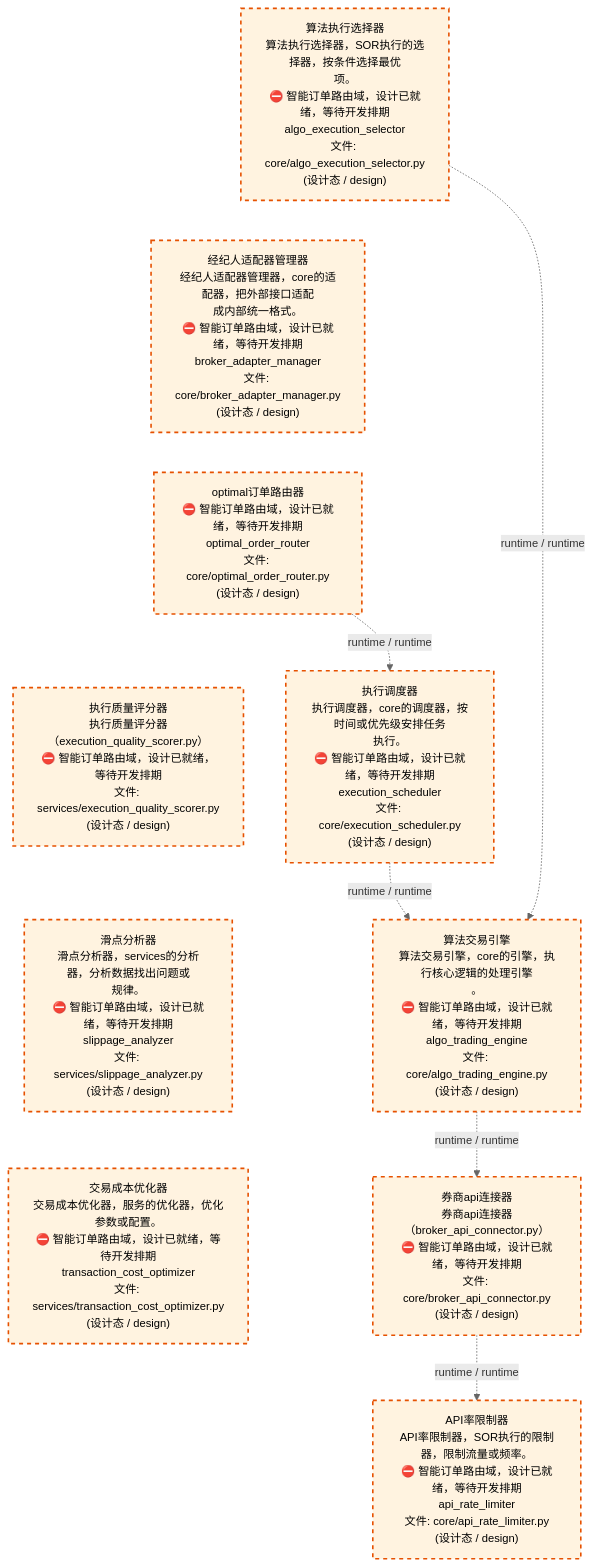
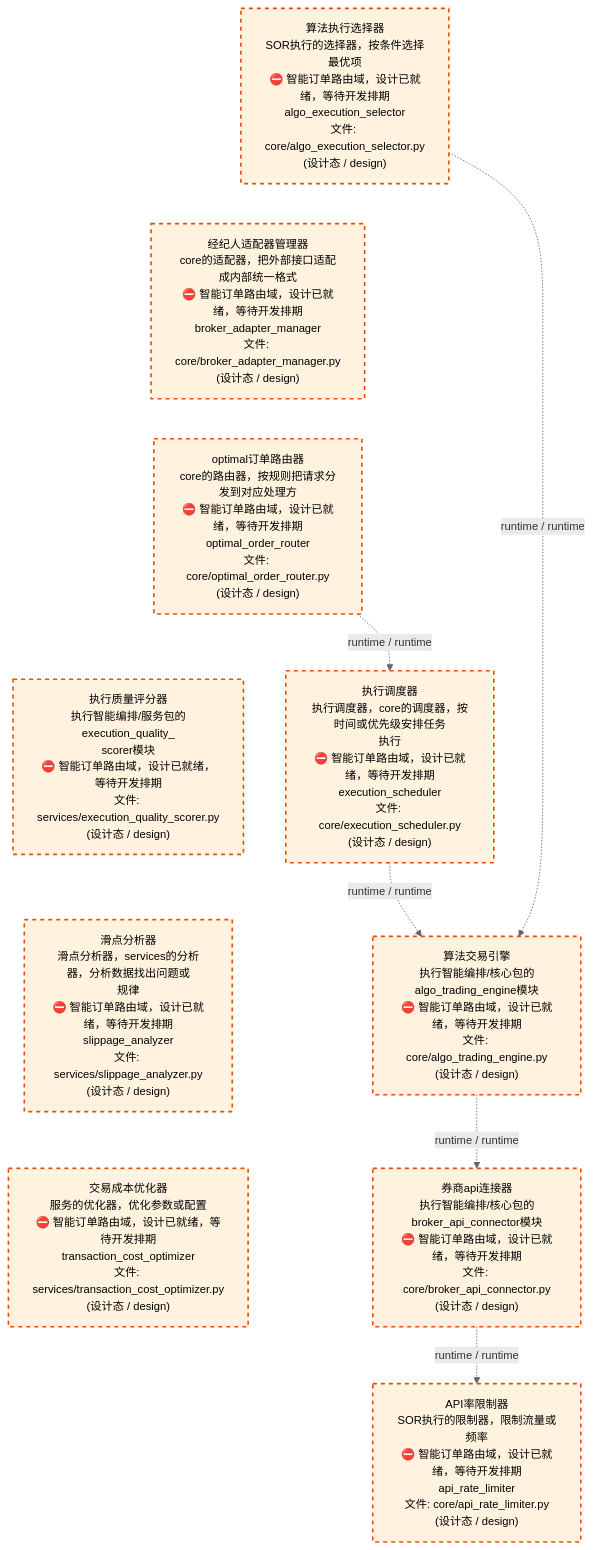
The third of 4 diagrams in docs/02_enterprise_architecture/02_domain_architecture_docs/45_d_ex_sor.md (xuanFelixVan/ZephyrAlpha), drawn with Mermaid before and after one commit. The commit also changed other lines of this file and 62 other files, not shown here.

````diff
--- a/docs/02_enterprise_architecture/02_domain_architecture_docs/45_d_ex_sor.md
+++ b/docs/02_enterprise_architecture/02_domain_architecture_docs/45_d_ex_sor.md
@@ -138,29 +138,29 @@
 ```mermaid
 %%{init: {'theme': 'base', 'themeVariables': {'primaryColor': '#eaeaea', 'primaryTextColor': '#333333', 'primaryBorderColor': '#666666', 'lineColor': '#666666', 'secondaryColor': '#eaeaea', 'tertiaryColor': '#eaeaea', 'fontSize': '14px'}}}%%
 flowchart TD
-    src_zephyr_ex_sor_core_algo_execution_selector_py["算法执行选择器<br/>算法执行选择器，SOR执行的选择器，按条件选择最优<br/>项。<br/>⛔ 智能订单路由域，设计已就绪，等待开发排期<br/>algo_execution_selector<br/>文件: core/algo_execution_selector.py<br/>(设计态 / design)"]
-    src_zephyr_ex_sor_core_broker_adapter_manager_py["经纪人适配器管理器<br/>经纪人适配器管理器，core的适配器，把外部接口适配<br/>成内部统一格式。<br/>⛔ 智能订单路由域，设计已就绪，等待开发排期<br/>broker_adapter_manager<br/>文件: core/broker_adapter_manager.py<br/>(设计态 / design)"]
-    src_zephyr_ex_sor_core_optimal_order_router_py["optimal订单路由器<br/>⛔ 智能订单路由域，设计已就绪，等待开发排期<br/>optimal_order_router<br/>文件: core/optimal_order_router.py<br/>(设计态 / design)"]
-    src_zephyr_ex_sor_services_execution_quality_scorer_py["执行质量评分器<br/>执行质量评分器（execution_quality_scorer.py）<br/>⛔ 智能订单路由域，设计已就绪，等待开发排期<br/>文件: services/execution_quality_scorer.py<br/>(设计态 / design)"]
-    src_zephyr_ex_sor_services_slippage_analyzer_py["滑点分析器<br/>滑点分析器，services的分析器，分析数据找出问题或<br/>规律。<br/>⛔ 智能订单路由域，设计已就绪，等待开发排期<br/>slippage_analyzer<br/>文件: services/slippage_analyzer.py<br/>(设计态 / design)"]
-    src_zephyr_ex_sor_services_transaction_cost_optimizer_py["交易成本优化器<br/>交易成本优化器，服务的优化器，优化参数或配置。<br/>⛔ 智能订单路由域，设计已就绪，等待开发排期<br/>transaction_cost_optimizer<br/>文件: services/transaction_cost_optimizer.py<br/>(设计态 / design)"]
+    src_zephyr_ex_sor_core_algo_execution_selector_py["算法执行选择器<br/>SOR执行的选择器，按条件选择最优项<br/>⛔ 智能订单路由域，设计已就绪，等待开发排期<br/>algo_execution_selector<br/>文件: core/algo_execution_selector.py<br/>(设计态 / design)"]
+    src_zephyr_ex_sor_core_broker_adapter_manager_py["经纪人适配器管理器<br/>core的适配器，把外部接口适配成内部统一格式<br/>⛔ 智能订单路由域，设计已就绪，等待开发排期<br/>broker_adapter_manager<br/>文件: core/broker_adapter_manager.py<br/>(设计态 / design)"]
+    src_zephyr_ex_sor_core_optimal_order_router_py["optimal订单路由器<br/>core的路由器，按规则把请求分发到对应处理方<br/>⛔ 智能订单路由域，设计已就绪，等待开发排期<br/>optimal_order_router<br/>文件: core/optimal_order_router.py<br/>(设计态 / design)"]
+    src_zephyr_ex_sor_services_execution_quality_scorer_py["执行质量评分器<br/>执行智能编排/服务包的execution_quality_<br/>scorer模块<br/>⛔ 智能订单路由域，设计已就绪，等待开发排期<br/>文件: services/execution_quality_scorer.py<br/>(设计态 / design)"]
+    src_zephyr_ex_sor_services_slippage_analyzer_py["滑点分析器<br/>滑点分析器，services的分析器，分析数据找出问题或<br/>规律<br/>⛔ 智能订单路由域，设计已就绪，等待开发排期<br/>slippage_analyzer<br/>文件: services/slippage_analyzer.py<br/>(设计态 / design)"]
+    src_zephyr_ex_sor_services_transaction_cost_optimizer_py["交易成本优化器<br/>服务的优化器，优化参数或配置<br/>⛔ 智能订单路由域，设计已就绪，等待开发排期<br/>transaction_cost_optimizer<br/>文件: services/transaction_cost_optimizer.py<br/>(设计态 / design)"]
     src_zephyr_ex_sor_core_algo_execution_selector_py ~~~ src_zephyr_ex_sor_core_broker_adapter_manager_py
     src_zephyr_ex_sor_core_broker_adapter_manager_py ~~~ src_zephyr_ex_sor_core_optimal_order_router_py
     src_zephyr_ex_sor_core_optimal_order_router_py ~~~ src_zephyr_ex_sor_services_execution_quality_scorer_py
     src_zephyr_ex_sor_services_execution_quality_scorer_py ~~~ src_zephyr_ex_sor_services_slippage_analyzer_py
     src_zephyr_ex_sor_services_slippage_analyzer_py ~~~ src_zephyr_ex_sor_services_transaction_cost_optimizer_py
-    src_zephyr_ex_sor_core_execution_scheduler_py["执行调度器<br/>执行调度器，core的调度器，按时间或优先级安排任务<br/>执行。<br/>⛔ 智能订单路由域，设计已就绪，等待开发排期<br/>execution_scheduler<br/>文件: core/execution_scheduler.py<br/>(设计态 / design)"]
-    src_zephyr_ex_sor_core_algo_trading_engine_py["算法交易引擎<br/>算法交易引擎，core的引擎，执行核心逻辑的处理引擎<br/>。<br/>⛔ 智能订单路由域，设计已就绪，等待开发排期<br/>algo_trading_engine<br/>文件: core/algo_trading_engine.py<br/>(设计态 / design)"]
-    src_zephyr_ex_sor_core_broker_api_connector_py["券商api连接器<br/>券商api连接器（broker_api_connector.py）<br/>⛔ 智能订单路由域，设计已就绪，等待开发排期<br/>文件: core/broker_api_connector.py<br/>(设计态 / design)"]
-    src_zephyr_ex_sor_core_api_rate_limiter_py["API率限制器<br/>API率限制器，SOR执行的限制器，限制流量或频率。<br/>⛔ 智能订单路由域，设计已就绪，等待开发排期<br/>api_rate_limiter<br/>文件: core/api_rate_limiter.py<br/>(设计态 / design)"]
+    src_zephyr_ex_sor_core_execution_scheduler_py["执行调度器<br/>执行调度器，core的调度器，按时间或优先级安排任务<br/>执行<br/>⛔ 智能订单路由域，设计已就绪，等待开发排期<br/>execution_scheduler<br/>文件: core/execution_scheduler.py<br/>(设计态 / design)"]
+    src_zephyr_ex_sor_core_algo_trading_engine_py["算法交易引擎<br/>执行智能编排/核心包的algo_trading_engine模块<br/>⛔ 智能订单路由域，设计已就绪，等待开发排期<br/>文件: core/algo_trading_engine.py<br/>(设计态 / design)"]
+    src_zephyr_ex_sor_core_broker_api_connector_py["券商api连接器<br/>执行智能编排/核心包的broker_api_connector模块<br/>⛔ 智能订单路由域，设计已就绪，等待开发排期<br/>文件: core/broker_api_connector.py<br/>(设计态 / design)"]
+    src_zephyr_ex_sor_core_api_rate_limiter_py["API率限制器<br/>SOR执行的限制器，限制流量或频率<br/>⛔ 智能订单路由域，设计已就绪，等待开发排期<br/>api_rate_limiter<br/>文件: core/api_rate_limiter.py<br/>(设计态 / design)"]
     src_zephyr_ex_sor_core_optimal_order_router_py -.->|runtime / runtime| src_zephyr_ex_sor_core_execution_scheduler_py
     src_zephyr_ex_sor_core_execution_scheduler_py -.->|runtime / runtime| src_zephyr_ex_sor_core_algo_trading_engine_py
     src_zephyr_ex_sor_core_algo_trading_engine_py -.->|runtime / runtime| src_zephyr_ex_sor_core_broker_api_connector_py
     src_zephyr_ex_sor_core_algo_execution_selector_py -.->|runtime / runtime| src_zephyr_ex_sor_core_algo_trading_engine_py
     src_zephyr_ex_sor_core_broker_api_connector_py -.->|runtime / runtime| src_zephyr_ex_sor_core_api_rate_limiter_py
     classDef production fill:#e1f5fe,stroke:#01579b,stroke-width:2px,color:#000
     classDef design fill:#fff3e0,stroke:#e65100,stroke-width:2px,color:#000,stroke-dasharray: 5 5
     classDef external_prod fill:#e8f4fd,stroke:#0277bd,stroke-width:1px,color:#000
     classDef external_design fill:#fff8e7,stroke:#ef6c00,stroke-width:1px,color:#000,stroke-dasharray: 5 5
     class src_zephyr_ex_sor_core_algo_execution_selector_py,src_zephyr_ex_sor_core_algo_trading_engine_py,src_zephyr_ex_sor_core_api_rate_limiter_py,src_zephyr_ex_sor_core_broker_adapter_manager_py,src_zephyr_ex_sor_core_broker_api_connector_py,src_zephyr_ex_sor_core_execution_scheduler_py,src_zephyr_ex_sor_core_optimal_order_router_py,src_zephyr_ex_sor_services_execution_quality_scorer_py,src_zephyr_ex_sor_services_slippage_analyzer_py,src_zephyr_ex_sor_services_transaction_cost_optimizer_py design
 ```
````
